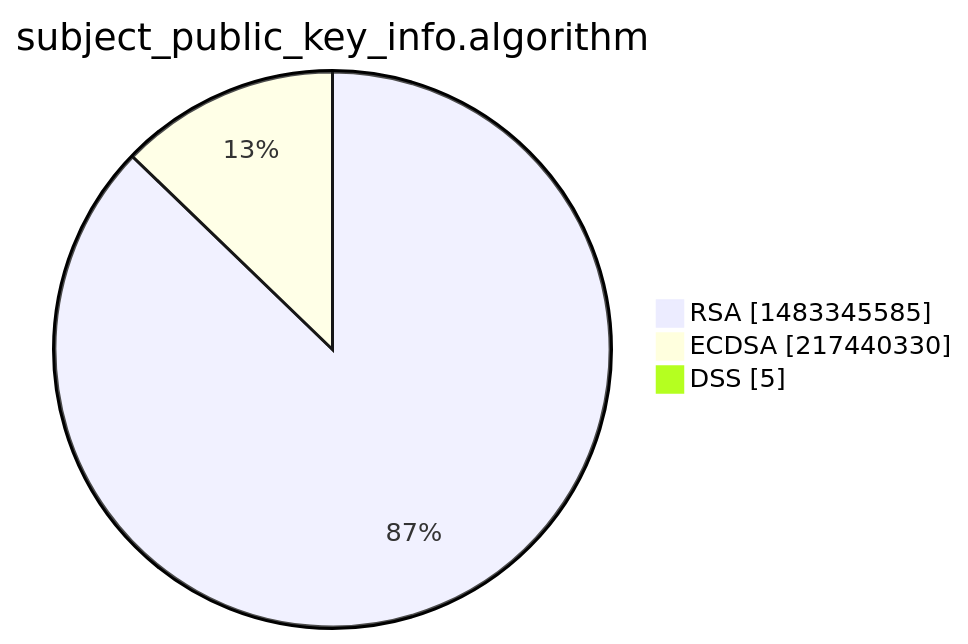
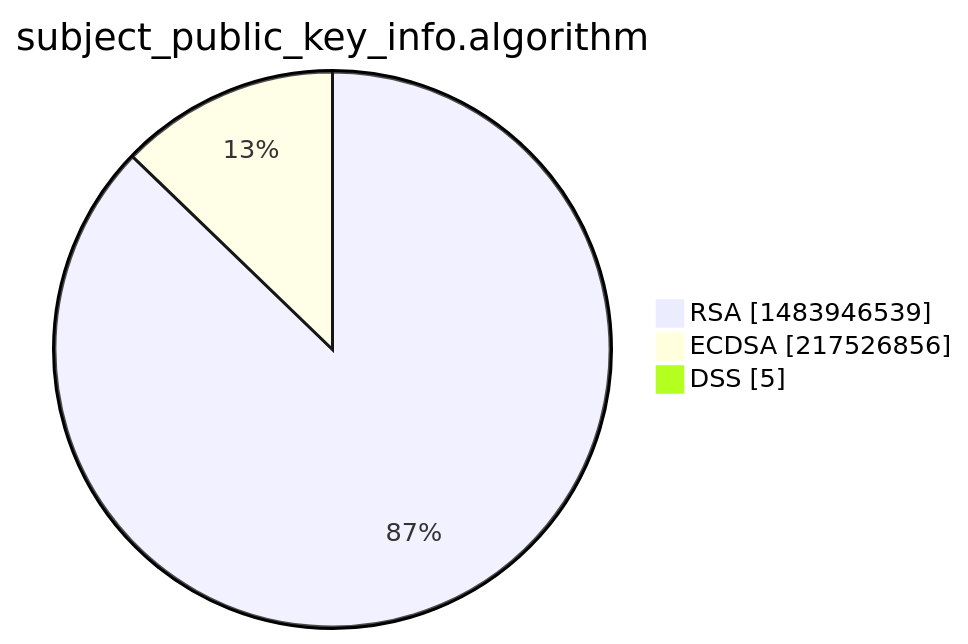
The third of 15 diagrams in xenon2022/README.md (christiankrug/ctmonitor_visualization), drawn with Mermaid before and after one commit. The commit also changed other lines of this file, not shown here.

````diff
--- a/xenon2022/README.md
+++ b/xenon2022/README.md
@@ -14,7 +14,7 @@
 ```mermaid
 pie showData
 title subject_public_key_info.algorithm
-"RSA" :1483345585
-"ECDSA" :217440330
+"RSA" :1483946539
+"ECDSA" :217526856
 "DSS" :5
 ```
````
